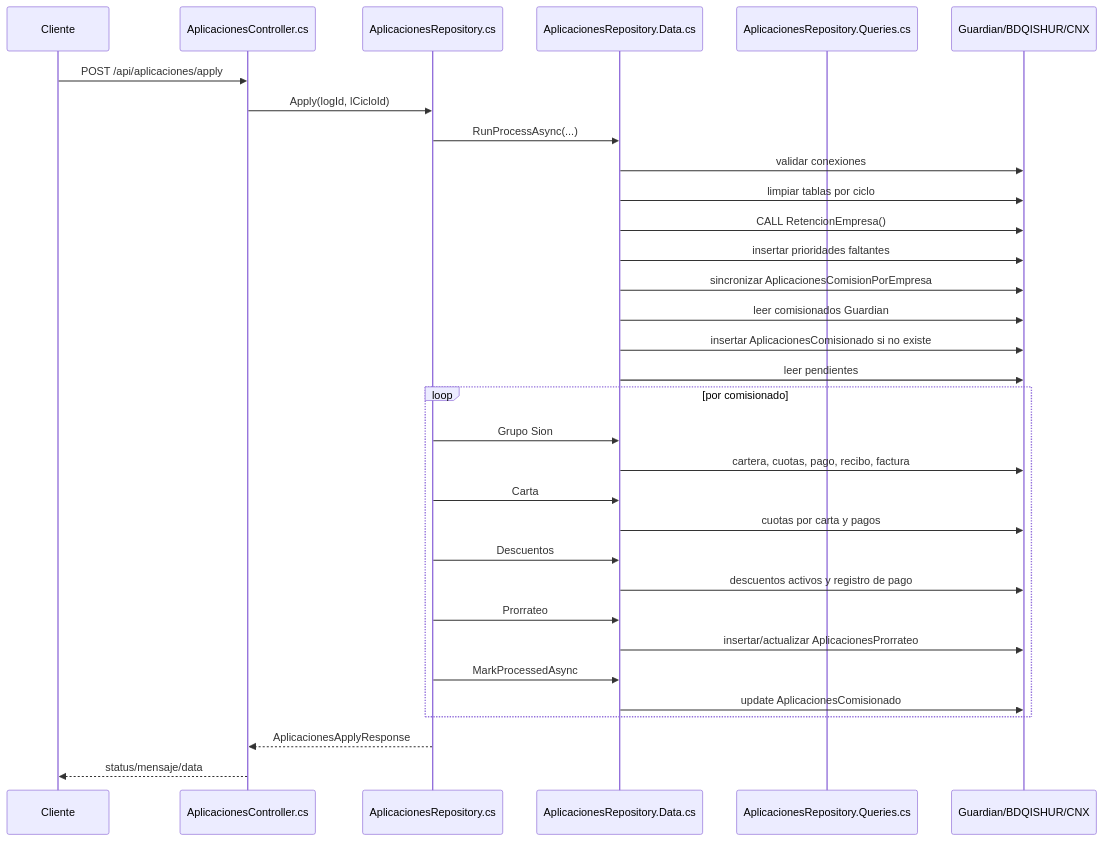
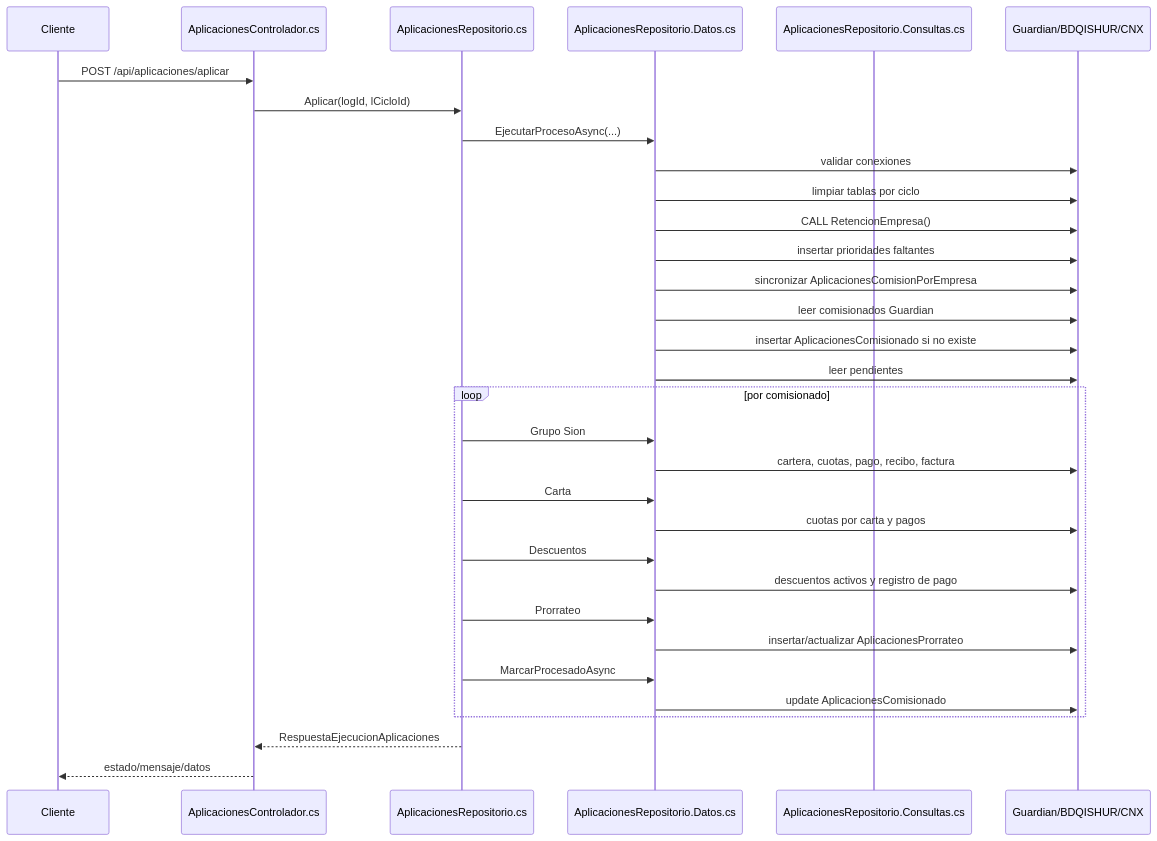
One commit to rgonzalesm-RCorp/ApiGuardian changed diagram 11 of 16 in README.md. Above: the diagram before and after it, drawn with Mermaid. The commit also changed other lines of this file and 20 other files, not shown here.

````diff
--- a/README.md
+++ b/README.md
@@ -752,34 +752,34 @@
 ```mermaid
 sequenceDiagram
     participant C as Cliente
-    participant CT as AplicacionesController.cs
-    participant ORQ as AplicacionesRepository.cs
-    participant DATA as AplicacionesRepository.Data.cs
-    participant SQL as AplicacionesRepository.Queries.cs
+    participant CT as AplicacionesControlador.cs
+    participant ORQ as AplicacionesRepositorio.cs
+    participant DATA as AplicacionesRepositorio.Datos.cs
+    participant SQL as AplicacionesRepositorio.Consultas.cs
     participant DB as Guardian/BDQISHUR/CNX
-    C->>CT: POST /api/aplicaciones/apply
-    CT->>ORQ: Apply(logId, lCicloId)
-    ORQ->>DATA: RunProcessAsync(...)
+    C->>CT: POST /api/aplicaciones/aplicar
+    CT->>ORQ: Aplicar(logId, lCicloId)
+    ORQ->>DATA: EjecutarProcesoAsync(...)
     DATA->>DB: validar conexiones
     DATA->>DB: limpiar tablas por ciclo
     DATA->>DB: CALL RetencionEmpresa()
     DATA->>DB: insertar prioridades faltantes
     DATA->>DB: sincronizar AplicacionesComisionPorEmpresa
     DATA->>DB: leer comisionados Guardian
     DATA->>DB: insertar AplicacionesComisionado si no existe
     DATA->>DB: leer pendientes
     loop por comisionado
         ORQ->>DATA: Grupo Sion
         DATA->>DB: cartera, cuotas, pago, recibo, factura
         ORQ->>DATA: Carta
         DATA->>DB: cuotas por carta y pagos
         ORQ->>DATA: Descuentos
         DATA->>DB: descuentos activos y registro de pago
         ORQ->>DATA: Prorrateo
         DATA->>DB: insertar/actualizar AplicacionesProrrateo
-        ORQ->>DATA: MarkProcessedAsync
+        ORQ->>DATA: MarcarProcesadoAsync
         DATA->>DB: update AplicacionesComisionado
     end
-    ORQ-->>CT: AplicacionesApplyResponse
-    CT-->>C: status/mensaje/data
+    ORQ-->>CT: RespuestaEjecucionAplicaciones
+    CT-->>C: estado/mensaje/datos
 ```
````
